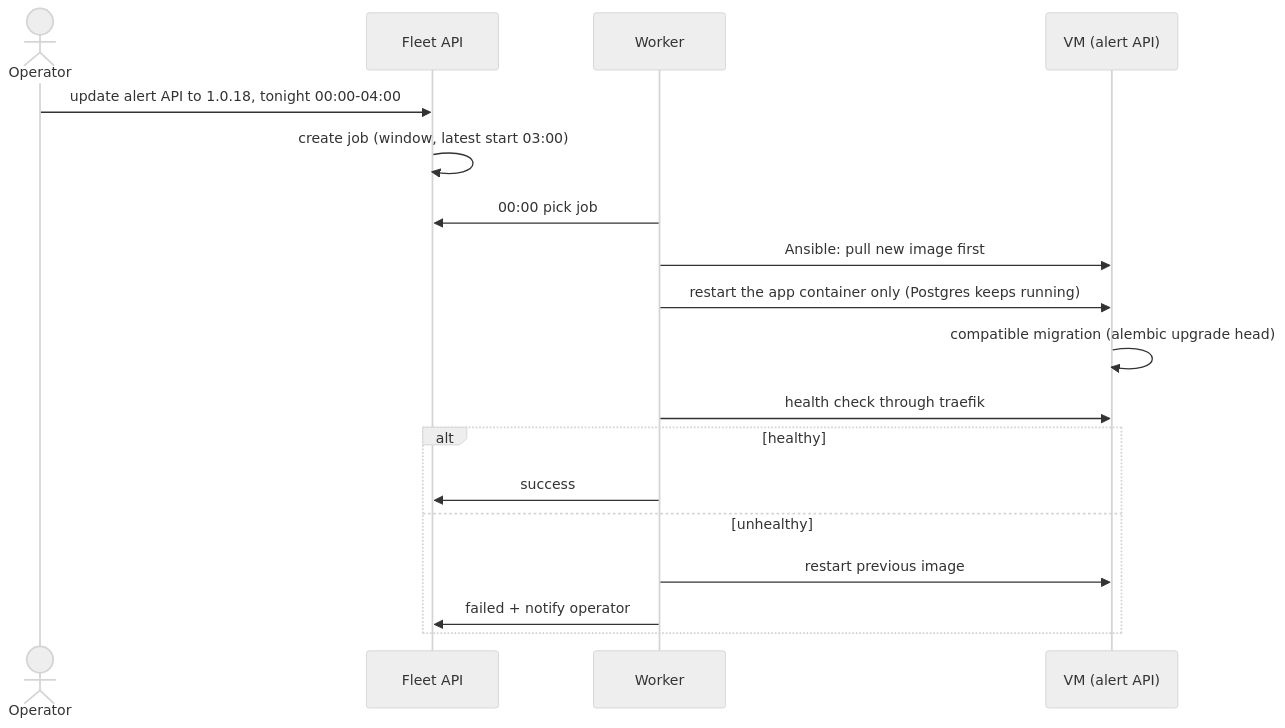
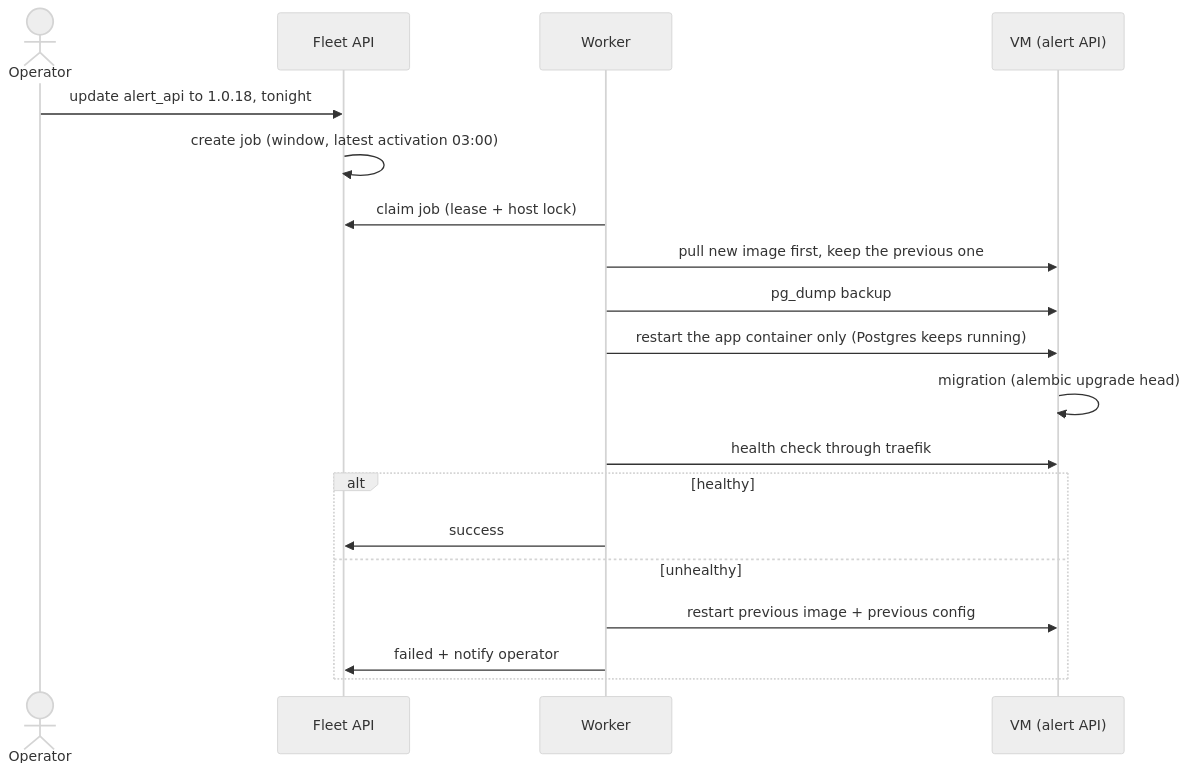
Before and after one commit to pyronear/pi-manager-template: diagram 12 of 13 in docs/ADR/fleet-api.md, drawn with Mermaid (neutral theme). The commit also changed other lines of this file, not shown here.

````diff
--- a/docs/ADR/fleet-api.md
+++ b/docs/ADR/fleet-api.md
@@ -374,21 +520,22 @@
 ```mermaid
 sequenceDiagram
     actor Op as Operator
     participant F as Fleet API
     participant W as Worker
     participant VM as VM (alert API)
 
-    Op->>F: update alert API to 1.0.18, tonight 00:00-04:00
-    F->>F: create job (window, latest start 03:00)
-    W->>F: 00:00 pick job
-    W->>VM: Ansible: pull new image first
+    Op->>F: update alert_api to 1.0.18, tonight
+    F->>F: create job (window, latest activation 03:00)
+    W->>F: claim job (lease + host lock)
+    W->>VM: pull new image first, keep the previous one
+    W->>VM: pg_dump backup
     W->>VM: restart the app container only (Postgres keeps running)
-    VM->>VM: compatible migration (alembic upgrade head)
+    VM->>VM: migration (alembic upgrade head)
     W->>VM: health check through traefik
     alt healthy
         W->>F: success
     else unhealthy
-        W->>VM: restart previous image
+        W->>VM: restart previous image + previous config
         W->>F: failed + notify operator
     end
 ```
````
